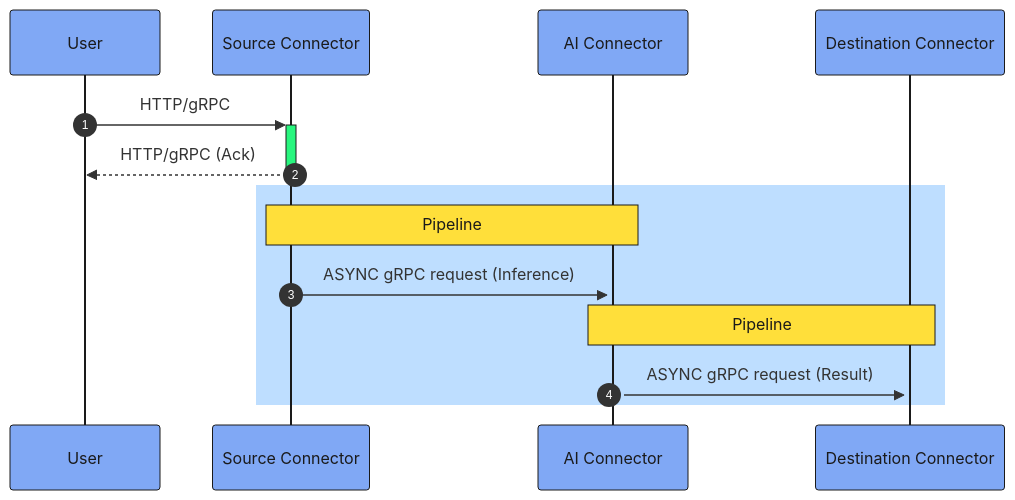
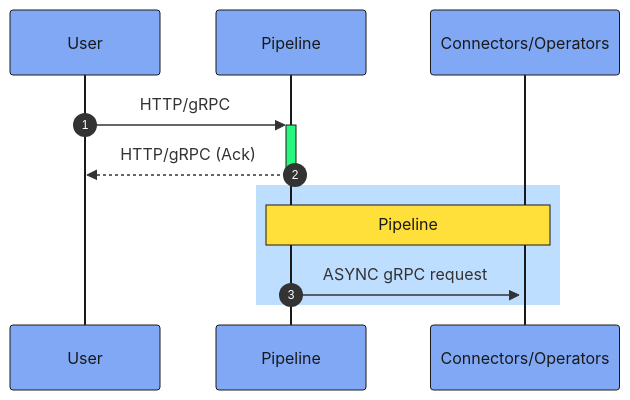
One commit to instill-ai/instill.tech changed the diagram in public/docs-assets/core-concepts/mermaid/async.mmd. Above: the diagram before and after it, drawn with Mermaid. The commit also changed 47 other files, not shown here.

```diff
--- a/public/docs-assets/core-concepts/mermaid/async.mmd
+++ b/public/docs-assets/core-concepts/mermaid/async.mmd
@@ -1,32 +1,30 @@
 %%{
   init: {
     'themeVariables': {
       'primaryBorderColor': '#1A1A1A',
       'secondaryBorderColor': '#1A1A1A',
       'tertiaryBorderColor': '#1A1A1A',
       'lineColor': '#1A1A1A',
       'actorBkg': '#80A8F5',
       'actorBorder': '#1A1A1A',
       'actorTextColor': '#1A1A1A',
       'actorLineColor': '#1A1A1A',
       'noteBkgColor': '#FFDF3A',
       'noteBorderColor': '#1A1A1A',
       'noteTextColor': '#1A1A1A',
       'activationBkgColor': '#28F67E',
       'activationBorderColor': '#1A1A1A',
       'sequenceNumberColor': '#FFFFFF',
       'textColor': '#1A1A1A'
     },
     'themeCSS': 'background-color: white;'
   }
 }%%
 sequenceDiagram
   autonumber
-  User->>+Source Connector: HTTP/gRPC
-  Source Connector-->>-User: HTTP/gRPC (Ack)
+  User->>+Pipeline: HTTP/gRPC
+  Pipeline-->>-User: HTTP/gRPC (Ack)
   rect rgb(190, 222, 255)
-  Note over Source Connector,AI Connector: Pipeline  
-  Source Connector->>+AI Connector: ASYNC gRPC request (Inference)
-  Note over AI Connector,Destination Connector: Pipeline 
-  AI Connector->>+Destination Connector: ASYNC gRPC request (Result)
+  Note over Pipeline,Connectors/Operators: Pipeline  
+  Pipeline->>+Connectors/Operators: ASYNC gRPC request
   end
```
